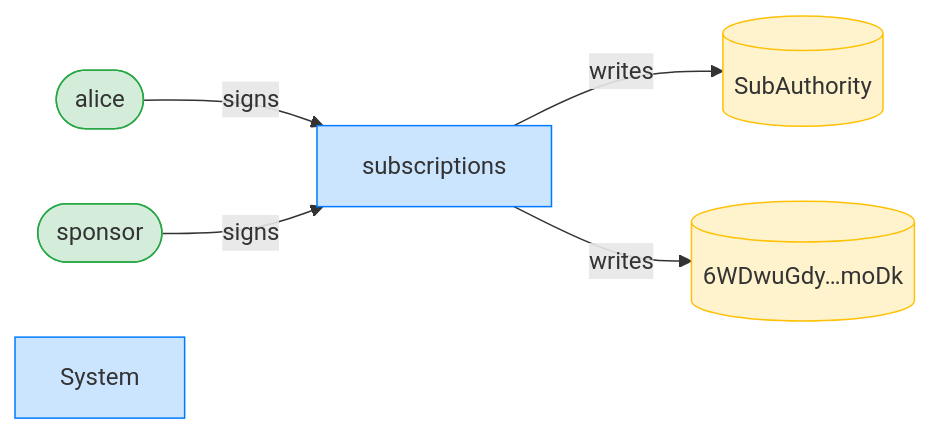
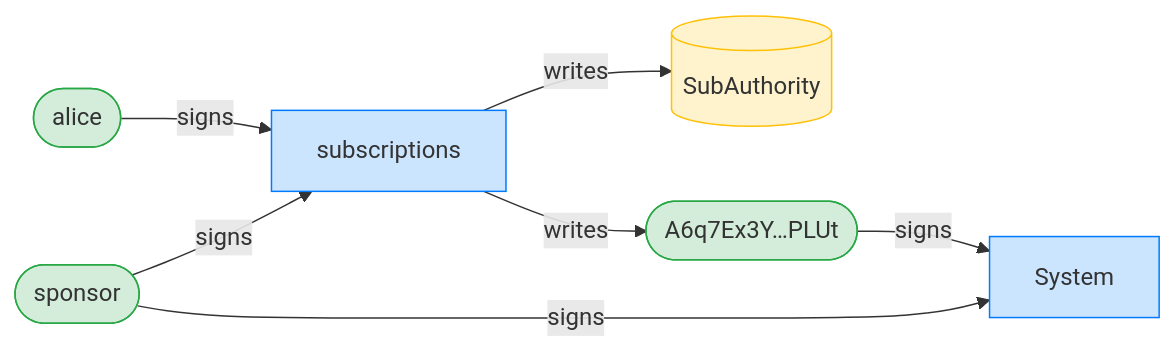
The seventh of 8 diagrams in dsl_tests/mallory-cannot-revoke-a-sponsor-funded-delegation.md (cds-rs/subscriptions), drawn with Mermaid before and after one commit. The commit also changed other lines of this file and 224 other files, not shown here.

````diff
--- a/dsl_tests/mallory-cannot-revoke-a-sponsor-funded-delegation.md
+++ b/dsl_tests/mallory-cannot-revoke-a-sponsor-funded-delegation.md
@@ -131,16 +137,18 @@
 ```mermaid
 flowchart LR
     classDef signer fill:#d4edda,stroke:#28a745;
     classDef program fill:#cce5ff,stroke:#007bff;
     classDef writable fill:#fff3cd,stroke:#ffc107;
     subscriptions[subscriptions]:::program
     alice([alice]):::signer
     SubAuthority[(SubAuthority)]:::writable
-    6WDwuGdy_moDk[("6WDwuGdy…moDk")]:::writable
+    A6q7Ex3Y_PLUt(["A6q7Ex3Y…PLUt"]):::signer
     sponsor([sponsor]):::signer
     System[System]:::program
     alice -->|signs| subscriptions
     sponsor -->|signs| subscriptions
+    sponsor -->|signs| System
+    A6q7Ex3Y_PLUt -->|signs| System
     subscriptions -->|writes| SubAuthority
-    subscriptions -->|writes| 6WDwuGdy_moDk
+    subscriptions -->|writes| A6q7Ex3Y_PLUt
 ```
````
